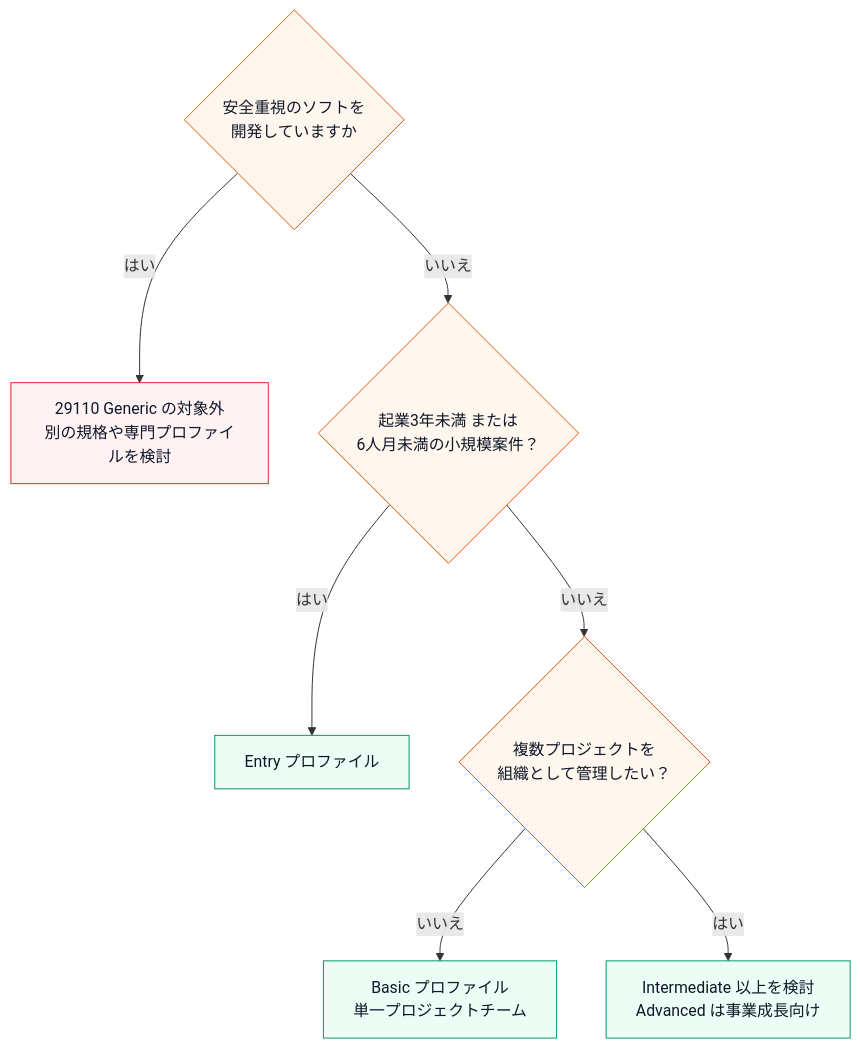
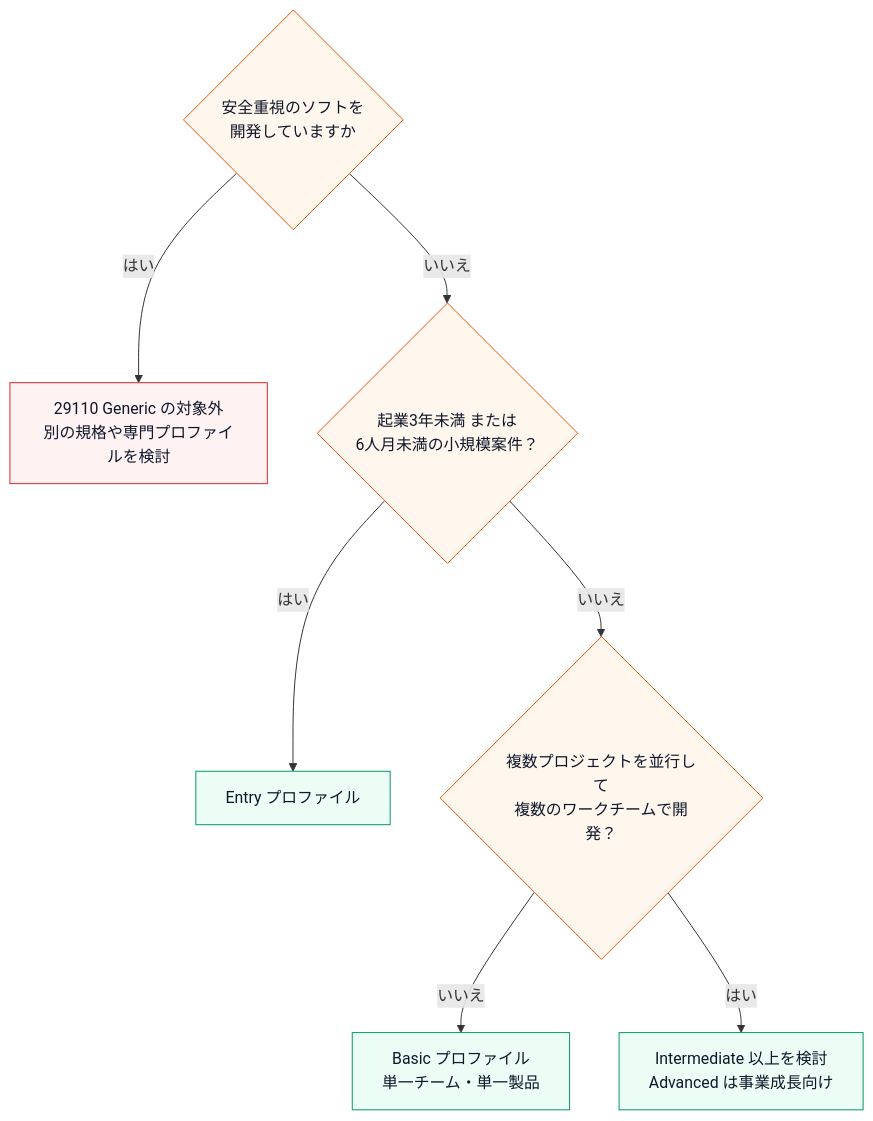
One commit to myoshi2891/Quality-Assurance-Studies changed the seventh of 12 diagrams in Iso-iec-29110-1-1-2024-guide.md. Above: the diagram before and after it, drawn with Mermaid. The commit also changed other lines of this file, not shown here.

````diff
--- a/Iso-iec-29110-1-1-2024-guide.md
+++ b/Iso-iec-29110-1-1-2024-guide.md
@@ -364,22 +364,22 @@
 ```mermaid
 flowchart TB
     SEL1{"安全重視のソフトを<br/>開発していますか"}
     SEL2["29110 Generic の対象外<br/>別の規格や専門プロファイルを検討"]
     SEL3{"起業3年未満 または<br/>6人月未満の小規模案件？"}
     SEL4["Entry プロファイル"]
-    SEL5{"複数プロジェクトを<br/>組織として管理したい？"}
-    SEL6["Basic プロファイル<br/>単一プロジェクトチーム"]
+    SEL5{"複数プロジェクトを並行して<br/>複数のワークチームで開発？"}
+    SEL6["Basic プロファイル<br/>単一チーム・単一製品"]
     SEL7["Intermediate 以上を検討<br/>Advanced は事業成長向け"]
     SEL1 -->|"はい"| SEL2
     SEL1 -->|"いいえ"| SEL3
     SEL3 -->|"はい"| SEL4
     SEL3 -->|"いいえ"| SEL5
     SEL5 -->|"いいえ"| SEL6
     SEL5 -->|"はい"| SEL7
     classDef q fill:#fff7ed,stroke:#ea580c,color:#0f172a
     classDef a fill:#ecfdf5,stroke:#059669,color:#0f172a
     classDef x fill:#fef2f2,stroke:#dc2626,color:#0f172a
     class SEL1,SEL3,SEL5 q
     class SEL4,SEL6,SEL7 a
     class SEL2 x
 ```
````
